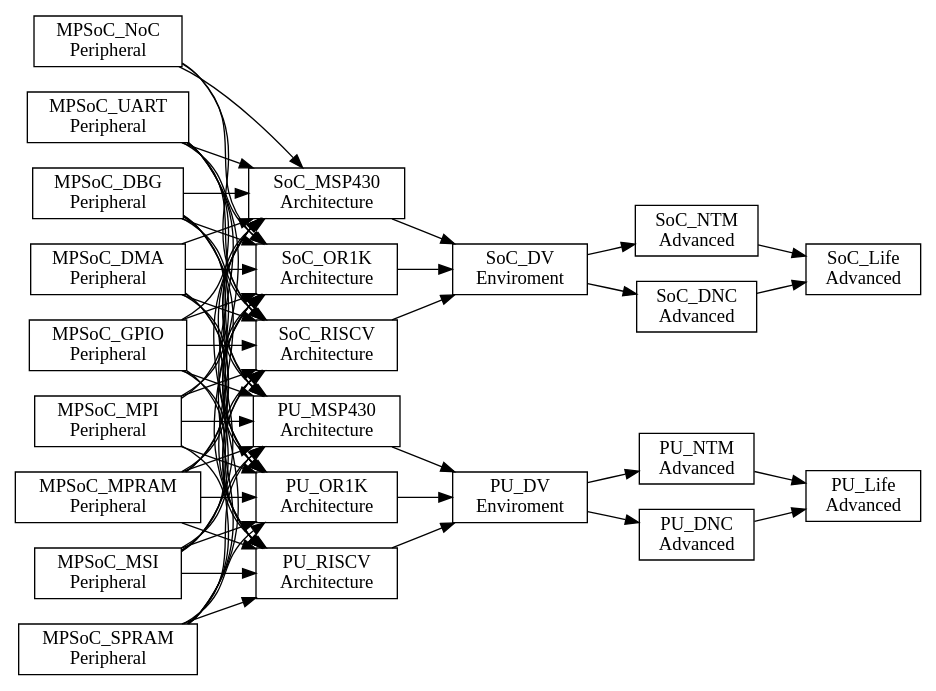
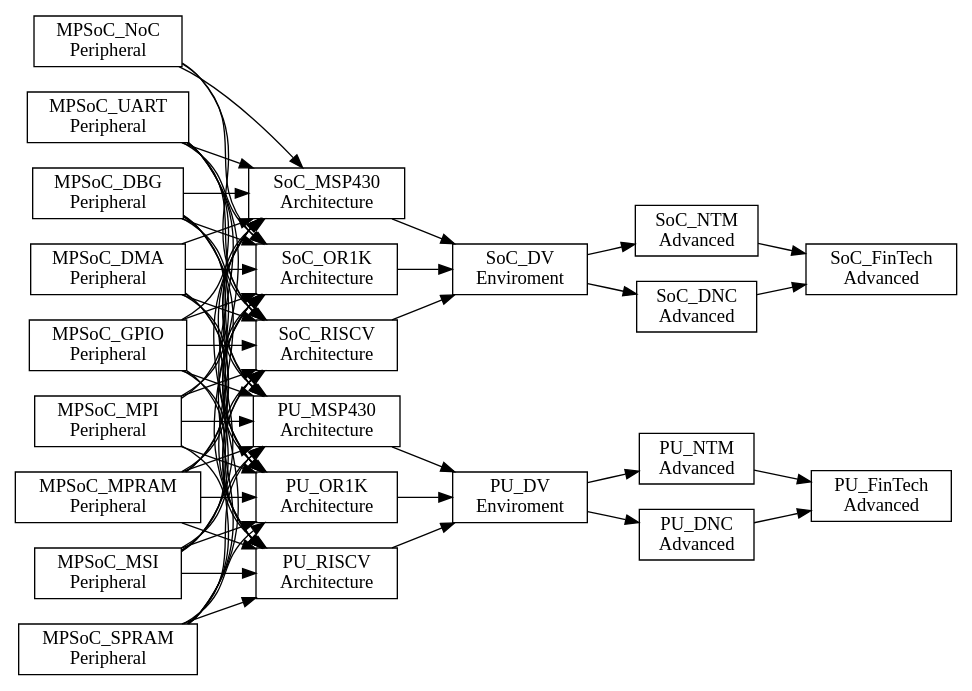
Before and after one commit to PacoReinaCampo/MPSoC-OR1K: the diagram in doc/book/assets/chapter4/dependences-soc-fintech.dot, drawn with Graphviz. The commit also changed 11 other files, not shown here.

```diff
--- a/doc/book/assets/chapter4/dependences-soc-fintech.dot
+++ b/doc/book/assets/chapter4/dependences-soc-fintech.dot
@@ -1,122 +1,122 @@
 digraph Project {
   // Introduction
   graph [rankdir = LR];
   node[shape=record];
 
   // Peripheral Blocks
   MPSoC_DBG[label="MPSoC_DBG \nPeripheral"];
   MPSoC_DMA[label="MPSoC_DMA \nPeripheral"];
   MPSoC_GPIO[label="MPSoC_GPIO \nPeripheral"];
   MPSoC_MPI[label="MPSoC_MPI \nPeripheral"];
   MPSoC_MPRAM[label="MPSoC_MPRAM \nPeripheral"];
   MPSoC_MSI[label="MPSoC_MSI \nPeripheral"];
   MPSoC_NoC[label="MPSoC_NoC \nPeripheral"];
   MPSoC_SPRAM[label="MPSoC_SPRAM \nPeripheral"];
   MPSoC_UART[label="MPSoC_UART \nPeripheral"];
 
   // Architecture Blocks
   SoC_MSP430[label="SoC_MSP430 \nArchitecture"];
   SoC_OR1K[label="SoC_OR1K \nArchitecture"];
   SoC_RISCV[label="SoC_RISCV \nArchitecture"];
   PU_MSP430[label="PU_MSP430 \nArchitecture"];
   PU_OR1K[label="PU_OR1K \nArchitecture"];
   PU_RISCV[label="PU_RISCV \nArchitecture"];
 
   // Enviroment Blocks
   SoC_DV[label="SoC_DV \nEnviroment"];
   PU_DV[label="PU_DV \nEnviroment"];
 
   // Advanced A Blocks
   SoC_NTM[label="SoC_NTM \nAdvanced"];
   PU_NTM[label="PU_NTM \nAdvanced"];
 
   SoC_DNC[label="SoC_DNC \nAdvanced"];
   PU_DNC[label="PU_DNC \nAdvanced"];
 
   // Advanced B Blocks
-  SoC_Life[label="SoC_Life \nAdvanced"];
-  PU_Life[label="PU_Life \nAdvanced"];
+  SoC_FinTech[label="SoC_FinTech \nAdvanced"];
+  PU_FinTech[label="PU_FinTech \nAdvanced"];
 
   // Peripheral -> Architecture
   MPSoC_DBG -> SoC_MSP430;
   MPSoC_DMA -> SoC_MSP430;
   MPSoC_GPIO -> SoC_MSP430;
   MPSoC_MPI -> SoC_MSP430;
   MPSoC_MPRAM -> SoC_MSP430;
   MPSoC_MSI -> SoC_MSP430;
   MPSoC_NoC -> SoC_MSP430;
   MPSoC_SPRAM -> SoC_MSP430;
   MPSoC_UART -> SoC_MSP430;
 
   MPSoC_DBG -> PU_MSP430;
   MPSoC_DMA -> PU_MSP430;
   MPSoC_GPIO -> PU_MSP430;
   MPSoC_MPI -> PU_MSP430;
   MPSoC_MPRAM -> PU_MSP430;
   MPSoC_MSI -> PU_MSP430;
   MPSoC_SPRAM -> PU_MSP430;
   MPSoC_UART -> PU_MSP430;
 
 
   MPSoC_DBG -> SoC_OR1K;
   MPSoC_DMA -> SoC_OR1K;
   MPSoC_GPIO -> SoC_OR1K;
   MPSoC_MPI -> SoC_OR1K;
   MPSoC_MPRAM -> SoC_OR1K;
   MPSoC_MSI -> SoC_OR1K;
   MPSoC_NoC -> SoC_OR1K;
   MPSoC_SPRAM -> SoC_OR1K;
   MPSoC_UART -> SoC_OR1K;
 
   MPSoC_DBG -> PU_OR1K;
   MPSoC_DMA -> PU_OR1K;
   MPSoC_GPIO -> PU_OR1K;
   MPSoC_MPI -> PU_OR1K;
   MPSoC_MPRAM -> PU_OR1K;
   MPSoC_MSI -> PU_OR1K;
   MPSoC_SPRAM -> PU_OR1K;
   MPSoC_UART -> PU_OR1K;
 
 
   MPSoC_DBG -> SoC_RISCV;
   MPSoC_DMA -> SoC_RISCV;
   MPSoC_GPIO -> SoC_RISCV;
   MPSoC_MPI -> SoC_RISCV;
   MPSoC_MPRAM -> SoC_RISCV;
   MPSoC_MSI -> SoC_RISCV;
   MPSoC_NoC -> SoC_RISCV;
   MPSoC_SPRAM -> SoC_RISCV;
   MPSoC_UART -> SoC_RISCV;
 
   MPSoC_DBG -> PU_RISCV;
   MPSoC_DMA -> PU_RISCV;
   MPSoC_GPIO -> PU_RISCV;
   MPSoC_MPI -> PU_RISCV;
   MPSoC_MPRAM -> PU_RISCV;
   MPSoC_MSI -> PU_RISCV;
   MPSoC_SPRAM -> PU_RISCV;
   MPSoC_UART -> PU_RISCV;
 
   // Architecture -> Enviroment
   PU_MSP430 -> PU_DV;
   PU_OR1K -> PU_DV;
   PU_RISCV -> PU_DV;
 
   SoC_MSP430 -> SoC_DV;
   SoC_OR1K -> SoC_DV;
   SoC_RISCV -> SoC_DV;
 
   // Enviroment -> Avanced A
   PU_DV -> PU_NTM;
   PU_DV -> PU_DNC;
 
   SoC_DV -> SoC_NTM;
   SoC_DV -> SoC_DNC;
 
   // Avanced A -> Avanced B
-  PU_NTM -> PU_Life;
-  PU_DNC -> PU_Life;
+  PU_NTM -> PU_FinTech;
+  PU_DNC -> PU_FinTech;
 
-  SoC_NTM -> SoC_Life;
-  SoC_DNC -> SoC_Life;
+  SoC_NTM -> SoC_FinTech;
+  SoC_DNC -> SoC_FinTech;
 }
```
